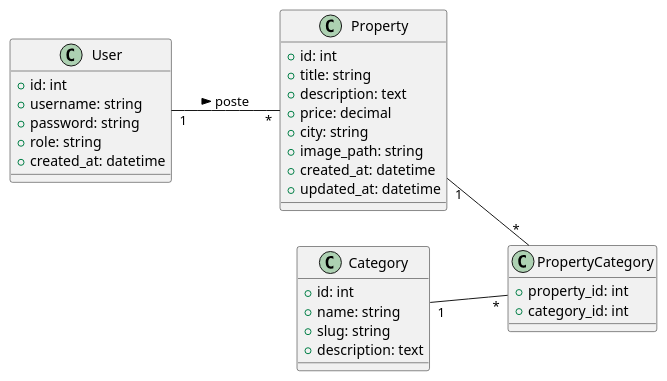
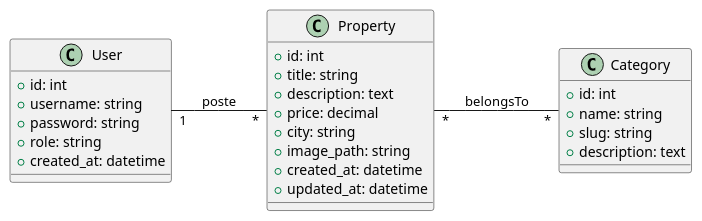
The diagram in diagrams/class-diagram.pu (Solicode-mobile-development/Project-Technique), drawn with PlantUML before and after one commit. The commit also changed 1 other file, not shown here.

Commit message:
Fix the relation many to many

```diff
--- a/diagrams/class-diagram.pu
+++ b/diagrams/class-diagram.pu
@@ -1,41 +1,36 @@
 @startuml
 left to right direction
 
 ' Entités principales
 class User {
   + id: int
   + username: string
   + password: string
   + role: string
   + created_at: datetime
 }
 
 class Property {
   + id: int
   + title: string
   + description: text
   + price: decimal
   + city: string
   + image_path: string
   + created_at: datetime
   + updated_at: datetime
 }
 
 class Category {
   + id: int
   + name: string
   + slug: string
   + description: text
 }
 
-' Table pivot (relation Many-to-Many)
-class PropertyCategory {
-  + property_id: int
-  + category_id: int
-}
 
 ' Relations
-User "1" -- "*" Property : poste >
-Property "1" -- "*" PropertyCategory
-Category "1" -- "*" PropertyCategory
+User "1" -- "*" Property : poste 
+Property "*" -- "*" Category : belongsTo 
+
 @enduml
```
